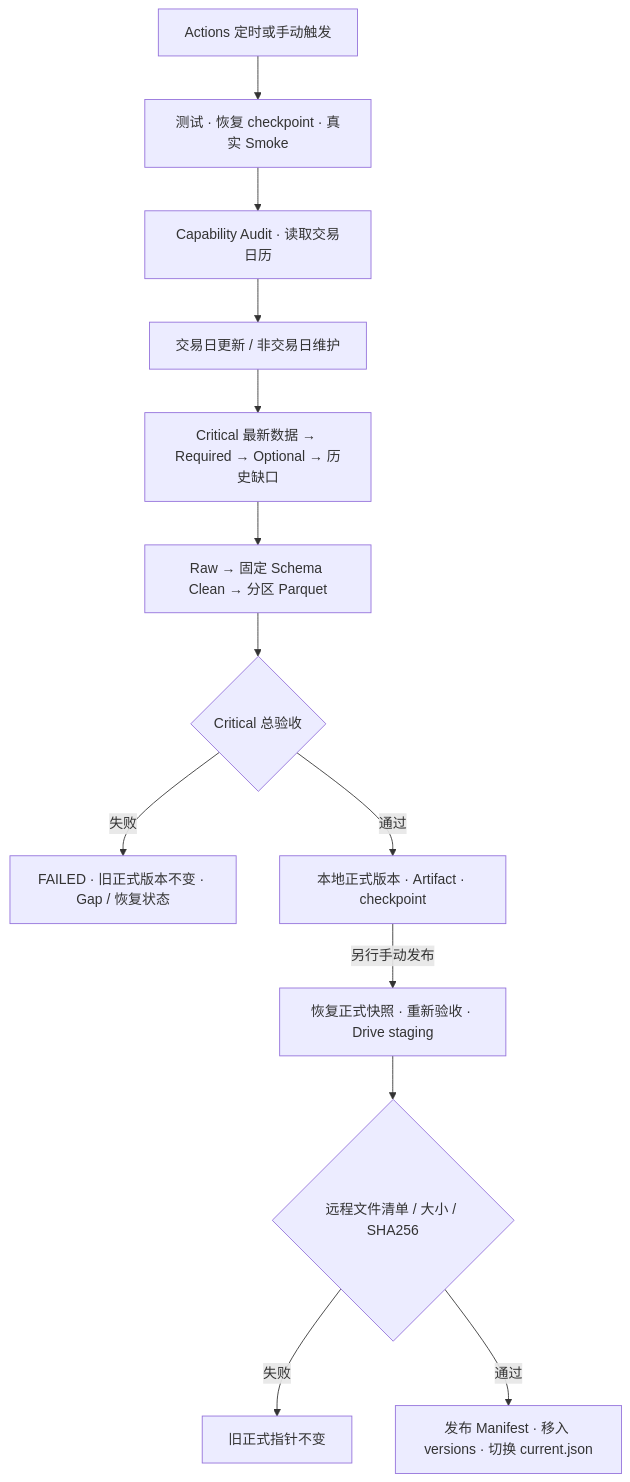
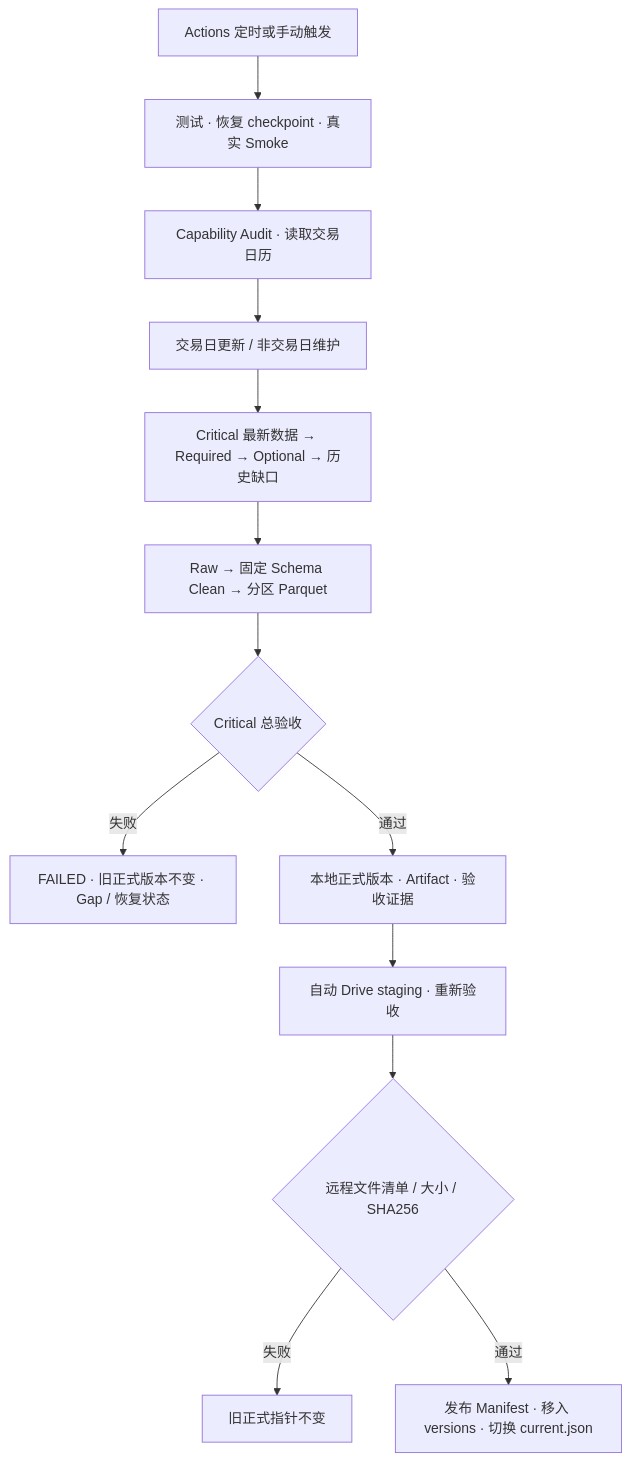
Before and after one commit to magangwwd/ashare-research-infra: the diagram in docs/roadmap.md, drawn with Mermaid. The commit also changed other lines of this file, not shown here.

Commit message:
Advance roadmap after second Drive publication

````diff
--- a/docs/roadmap.md
+++ b/docs/roadmap.md
@@ -40,15 +40,15 @@
 ```mermaid
 flowchart TD
     A["Actions 定时或手动触发"] --> B["测试 · 恢复 checkpoint · 真实 Smoke"]
     B --> C["Capability Audit · 读取交易日历"]
     C --> D["交易日更新 / 非交易日维护"]
     D --> E["Critical 最新数据 → Required → Optional → 历史缺口"]
     E --> F["Raw → 固定 Schema Clean → 分区 Parquet"]
     F --> G{"Critical 总验收"}
     G -->|失败| H["FAILED · 旧正式版本不变 · Gap / 恢复状态"]
-    G -->|通过| I["本地正式版本 · Artifact · checkpoint"]
-    I -->|另行手动发布| J["恢复正式快照 · 重新验收 · Drive staging"]
+    G -->|通过| I["本地正式版本 · Artifact · 验收证据"]
+    I --> J["自动 Drive staging · 重新验收"]
     J --> K{"远程文件清单 / 大小 / SHA256"}
     K -->|失败| L["旧正式指针不变"]
     K -->|通过| M["发布 Manifest · 移入 versions · 切换 current.json"]
 ```
````
